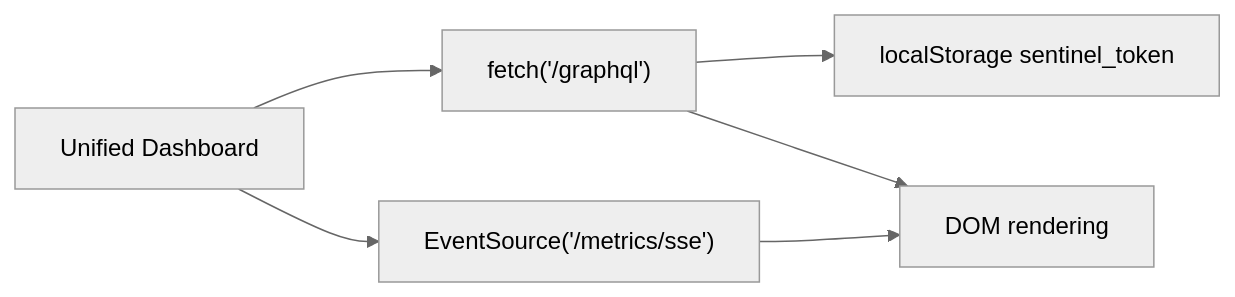
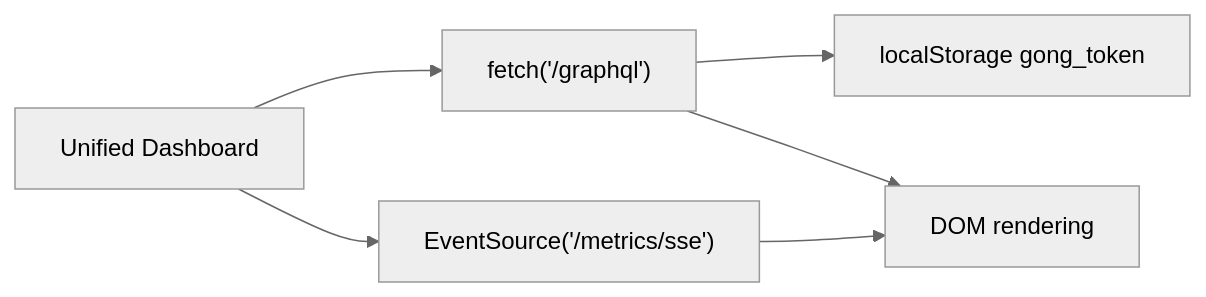
Diagram 16 of 17 in ARCHITECTUR.md (WEB-TEAM-2526-GL3/Gong-Gateway), drawn with Mermaid (neutral theme) before and after one commit. The commit also changed other lines of this file and 17 other files, not shown here.

````diff
--- a/ARCHITECTUR.md
+++ b/ARCHITECTUR.md
@@ -591,14 +591,14 @@
 ```mermaid
 flowchart LR
   Dashboard[Unified Dashboard]
   GraphQLFetch["fetch('/graphql')"]
-  LocalStorage["localStorage sentinel_token"]
+  LocalStorage["localStorage gong_token"]
   SSE["EventSource('/metrics/sse')"]
   Render[DOM rendering]
 
   Dashboard --> GraphQLFetch
   Dashboard --> SSE
   GraphQLFetch --> LocalStorage
   GraphQLFetch --> Render
   SSE --> Render
 ```
````
